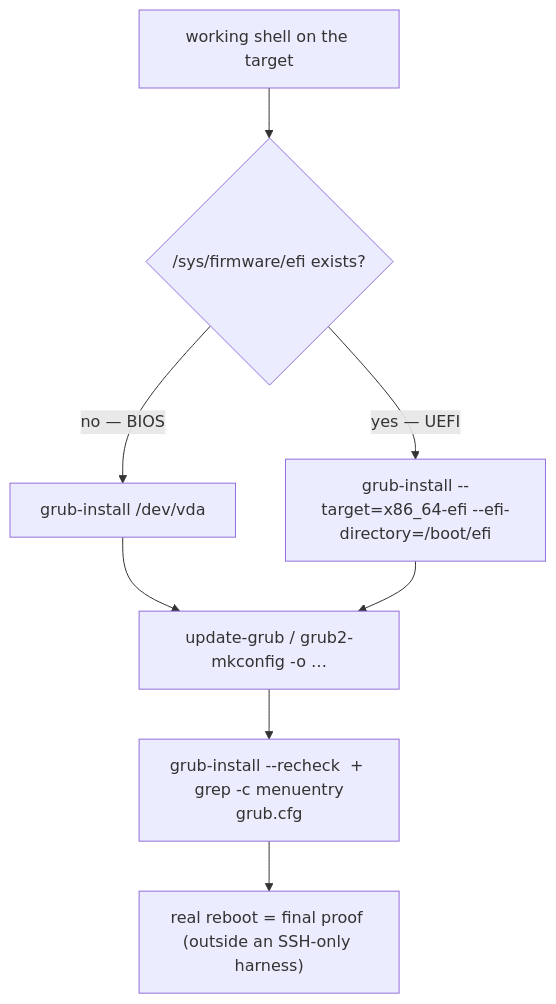
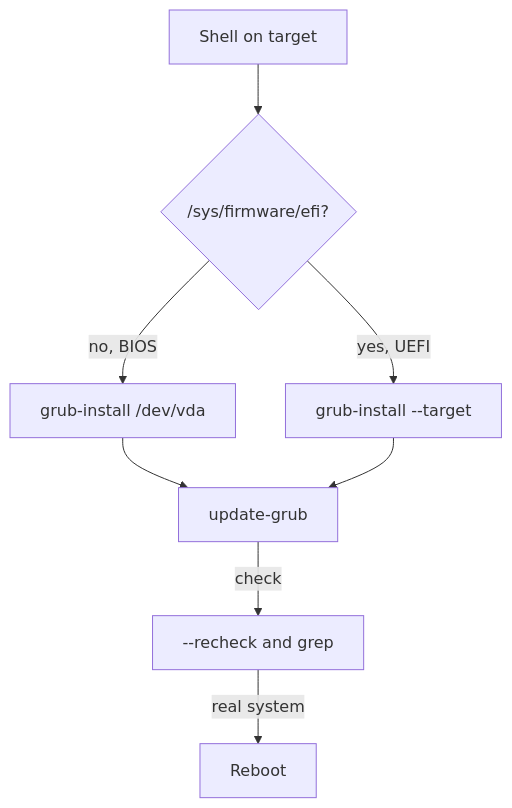
The diagram in sections/section-080/module-04/course-03-durable-repair.md (astrona-io/ATS002), drawn with Mermaid before and after one commit. The commit also changed other lines of this file and 615 other files, not shown here.

````diff
--- a/sections/section-080/module-04/course-03-durable-repair.md
+++ b/sections/section-080/module-04/course-03-durable-repair.md
@@ -51,10 +65,10 @@
 ```mermaid
 flowchart TD
-    W["working shell on the target"] --> FW{"/sys/firmware/efi exists?"}
-    FW -->|no — BIOS| GI1["grub-install /dev/vda"]
-    FW -->|yes — UEFI| GI2["grub-install --target=x86_64-efi --efi-directory=/boot/efi"]
-    GI1 --> UG["update-grub / grub2-mkconfig -o …"]
+    W["Shell on target"] --> FW{"/sys/firmware/efi?"}
+    FW -->|"no, BIOS"| GI1["grub-install /dev/vda"]
+    FW -->|"yes, UEFI"| GI2["grub-install --target"]
+    GI1 --> UG["update-grub"]
     GI2 --> UG
-    UG --> V["grub-install --recheck  +  grep -c menuentry grub.cfg"]
-    V --> RB["real reboot = final proof (outside an SSH-only harness)"]
+    UG -->|"check"| V["--recheck and grep"]
+    V -->|"real system"| RB["Reboot"]
 ```
````
